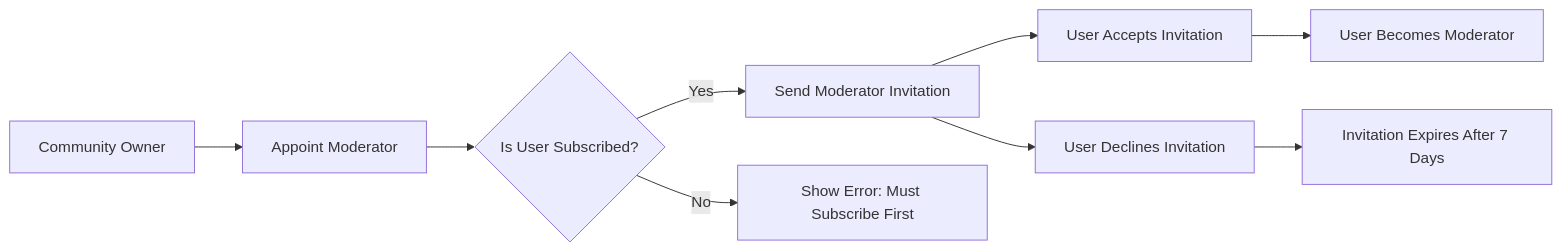
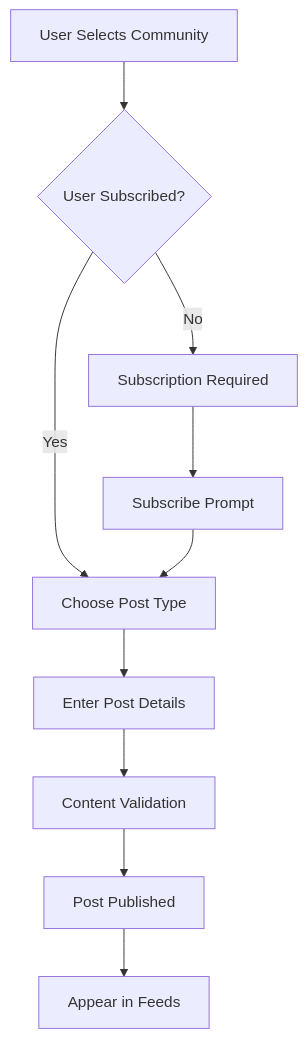
Before and after one commit to wrtnlabs/autobe-examples: the first of 3 diagrams in deepseek/deepseek-v3.1-terminus-exacto/reddit/docs/analysis/09-moderation-system.md, drawn with Mermaid. The commit also changed other lines of this file and 11104 other files, not shown here.

````diff
--- a/deepseek/deepseek-v3.1-terminus-exacto/reddit/docs/analysis/09-moderation-system.md
+++ b/deepseek/deepseek-v3.1-terminus-exacto/reddit/docs/analysis/09-moderation-system.md
@@ -27,11 +128,12 @@
 ```mermaid
-graph LR
-  A["Community Owner"] --> B["Appoint Moderator"]
-  B --> C{"Is User Subscribed?"}
-  C -->|"Yes"| D["Send Moderator Invitation"]
-  C -->|"No"| E["Show Error: Must Subscribe First"]
-  D --> F["User Accepts Invitation"]
-  F --> G["User Becomes Moderator"]
-  D --> H["User Declines Invitation"]
-  H --> I["Invitation Expires After 7 Days"]
+graph TD
+    A["User Selects Community"] --> B{"User Subscribed?"}
+    B -->|Yes| C["Choose Post Type"]
+    B -->|No| D["Subscription Required"]
+    C --> E["Enter Post Details"]
+    E --> F["Content Validation"]
+    F --> G["Post Published"]
+    G --> H["Appear in Feeds"]
+    D --> I["Subscribe Prompt"]
+    I --> C
 ```
````
